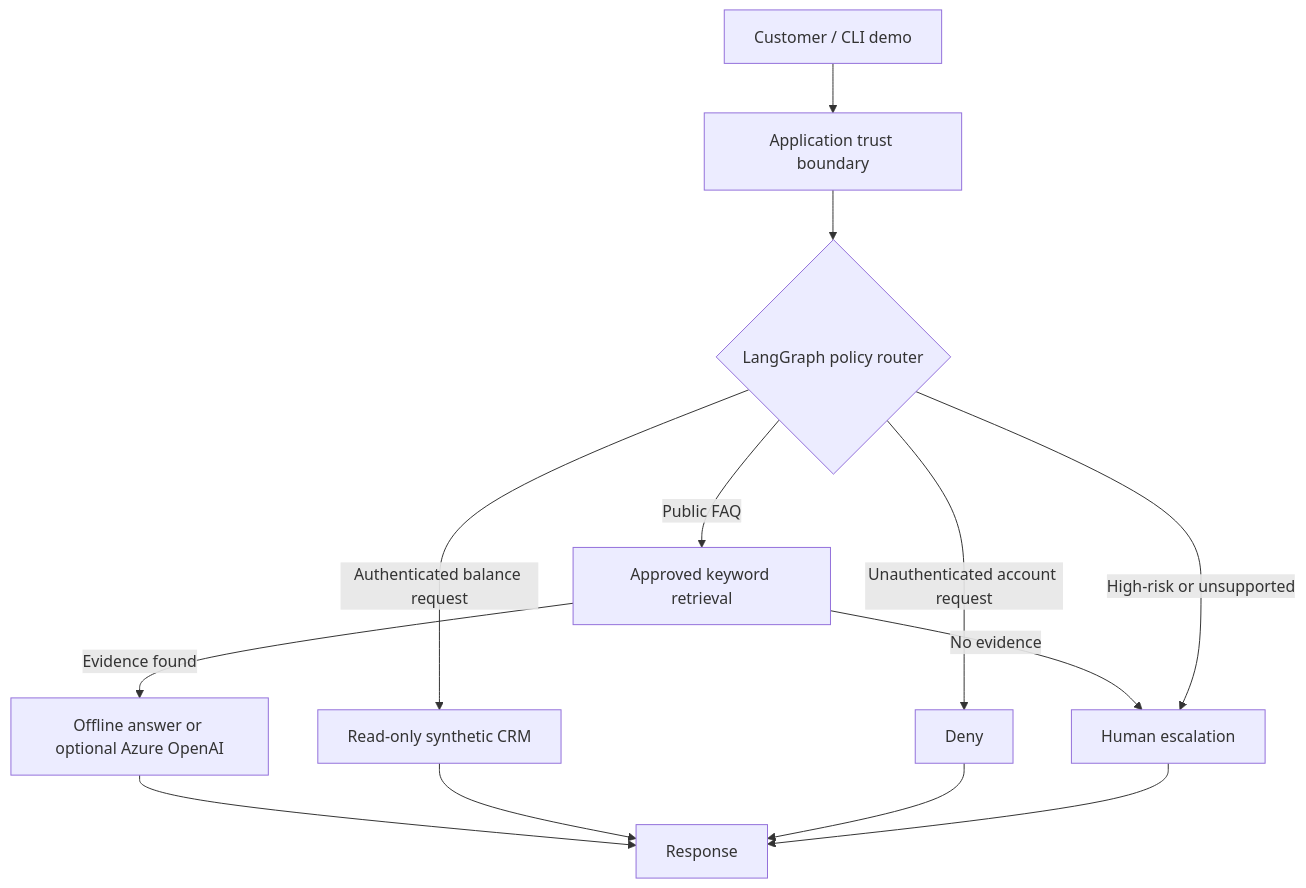
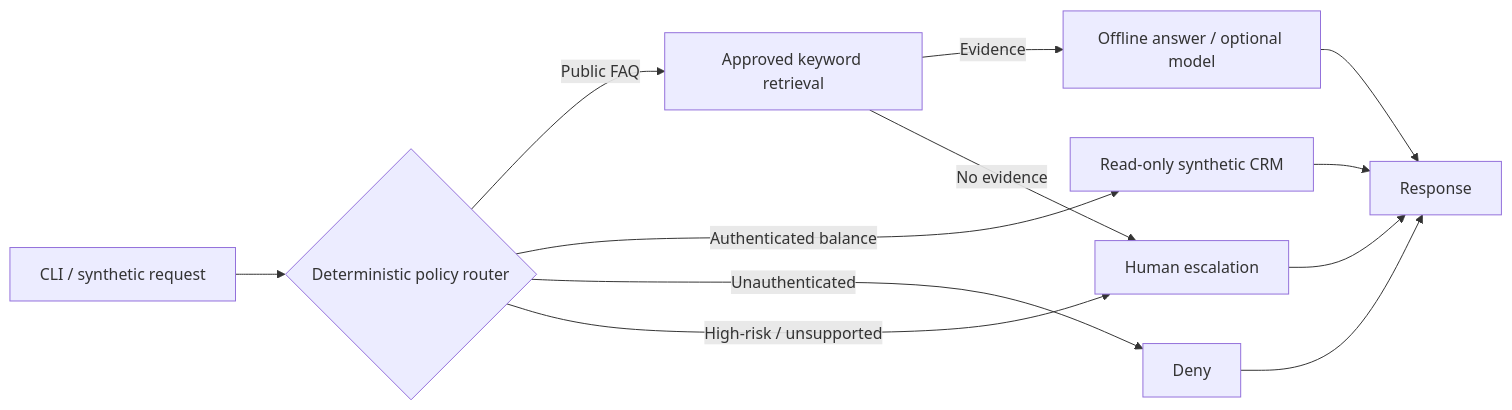
Before and after one commit to n-neykov/agentic-ai-architecture-portfolio: the diagram in README.md, drawn with Mermaid. The commit also changed other lines of this file, not shown here.

Commit message:
docs: publish concise portfolio overview with reproducible evidence and tradeoffs

````diff
--- a/README.md
+++ b/README.md
@@ -15,15 +19,14 @@
 ```mermaid
-flowchart TD
-    A["Customer / CLI demo"] --> B["Application trust boundary"]
-    B --> C{"LangGraph policy router"}
-    C -->|"Public FAQ"| D["Approved keyword retrieval"]
-    D -->|"Evidence found"| E["Offline answer or optional Azure OpenAI"]
-    D -->|"No evidence"| H["Human escalation"]
-    C -->|"Authenticated balance request"| F["Read-only synthetic CRM"]
-    C -->|"Unauthenticated account request"| G["Deny"]
-    C -->|"High-risk or unsupported"| H
-    E --> I["Response"]
-    F --> I
-    G --> I
-    H --> I
+flowchart LR
+    A["CLI / synthetic request"] --> B{"Deterministic policy router"}
+    B -->|"Public FAQ"| C["Approved keyword retrieval"]
+    B -->|"Authenticated balance"| D["Read-only synthetic CRM"]
+    B -->|"Unauthenticated"| E["Deny"]
+    B -->|"High-risk / unsupported"| F["Human escalation"]
+    C -->|"Evidence"| G["Offline answer / optional model"]
+    C -->|"No evidence"| F
+    G --> H["Response"]
+    D --> H
+    E --> H
+    F --> H
 ```
````
